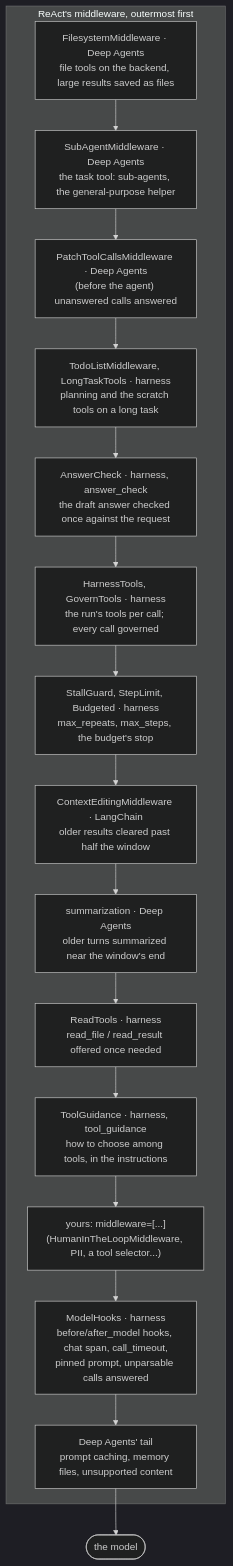
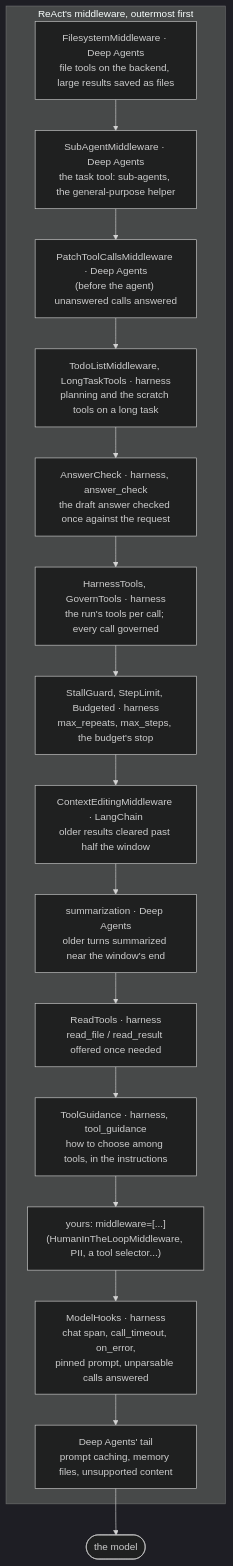
Before and after one commit to amitmohapatra/agent-harness: the ninth of 10 diagrams in docs/architecture.md, drawn with Mermaid (dark theme). The commit also changed other lines of this file and 42 other files, not shown here.

````diff
--- a/docs/architecture.md
+++ b/docs/architecture.md
@@ -456,20 +456,20 @@
 ```mermaid
 flowchart TB
   subgraph stack["ReAct's middleware, outermost first"]
     fs["FilesystemMiddleware · Deep Agents<br/>file tools on the backend, large results saved as files"]
     sa["SubAgentMiddleware · Deep Agents<br/>the task tool: sub-agents, the general-purpose helper"]
     pt["PatchToolCallsMiddleware · Deep Agents<br/>(before the agent) unanswered calls answered"]
     pl["TodoListMiddleware, LongTaskTools · harness<br/>planning and the scratch tools on a long task"]
     ac["AnswerCheck · harness, answer_check<br/>the draft answer checked once against the request"]
     ht["HarnessTools, GovernTools · harness<br/>the run's tools per call; every call governed"]
     sg["StallGuard, StepLimit, Budgeted · harness<br/>max_repeats, max_steps, the budget's stop"]
     ce["ContextEditingMiddleware · LangChain<br/>older results cleared past half the window"]
     su["summarization · Deep Agents<br/>older turns summarized near the window's end"]
     rt["ReadTools · harness<br/>read_file / read_result offered once needed"]
     tg["ToolGuidance · harness, tool_guidance<br/>how to choose among tools, in the instructions"]
     yours["yours: middleware=[...]<br/>(HumanInTheLoopMiddleware, PII, a tool selector...)"]
-    mh["ModelHooks · harness<br/>before/after_model hooks, chat span, call_timeout,<br/>pinned prompt, unparsable calls answered"]
+    mh["ModelHooks · harness<br/>chat span, call_timeout, on_error,<br/>pinned prompt, unparsable calls answered"]
     tail["Deep Agents' tail<br/>prompt caching, memory files, unsupported content"]
   end
   fs --> sa --> pt --> pl --> ac --> ht --> sg --> ce --> su --> rt --> tg --> yours --> mh --> tail --> model(["the model"])
 ```
````
